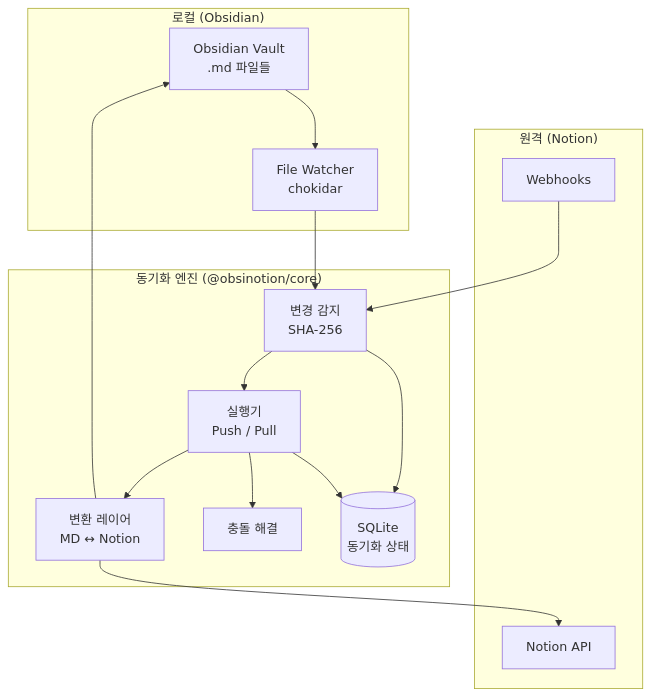
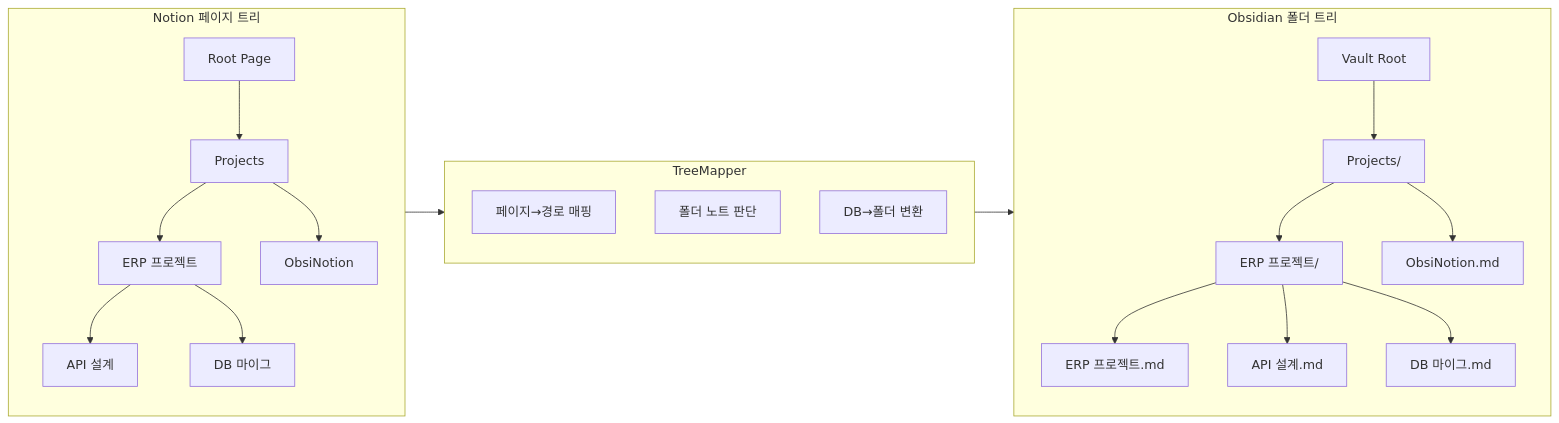
Before and after one commit to JaylenAI/Im-Nobsidian: the sixth of 7 diagrams in docs/02-architecture/SYSTEM_ARCHITECTURE.md, drawn with Mermaid. The commit also changed other lines of this file and 13 other files, not shown here.

````diff
--- a/docs/02-architecture/SYSTEM_ARCHITECTURE.md
+++ b/docs/02-architecture/SYSTEM_ARCHITECTURE.md
@@ -9,31 +456,30 @@
 ```mermaid
-flowchart TD
-    subgraph Local["로컬 (Obsidian)"]
-        Vault[Obsidian Vault<br>.md 파일들]
-        Watcher[File Watcher<br>chokidar]
+flowchart LR
+    subgraph Notion["Notion 페이지 트리"]
+        NR[Root Page]
+        NR --> NP1[Projects]
+        NP1 --> NE[ERP 프로젝트]
+        NE --> NA[API 설계]
+        NE --> ND[DB 마이그]
+        NP1 --> NO[ObsiNotion]
     end
 
-    subgraph Engine["동기화 엔진 (@obsinotion/core)"]
-        Converter[변환 레이어<br>MD ↔ Notion]
-        Differ[변경 감지<br>SHA-256]
-        Executor[실행기<br>Push / Pull]
-        Conflict[충돌 해결]
-        State[(SQLite<br>동기화 상태)]
+    subgraph Map["TreeMapper"]
+        direction TB
+        M1["페이지→경로 매핑"]
+        M2["폴더 노트 판단"]
+        M3["DB→폴더 변환"]
     end
 
-    subgraph Remote["원격 (Notion)"]
-        NotionAPI[Notion API]
-        Webhook[Webhooks]
+    subgraph Obsidian["Obsidian 폴더 트리"]
+        OR[Vault Root]
+        OR --> OP1[Projects/]
+        OP1 --> OE[ERP 프로젝트/]
+        OE --> OEN[ERP 프로젝트.md]
+        OE --> OA[API 설계.md]
+        OE --> OD[DB 마이그.md]
+        OP1 --> OO[ObsiNotion.md]
     end
 
-    Vault --> Watcher
-    Watcher --> Differ
-    Webhook --> Differ
-    Differ --> Executor
-    Executor --> Converter
-    Converter --> NotionAPI
-    Converter --> Vault
-    Executor --> Conflict
-    Differ --> State
-    Executor --> State
+    Notion --> Map --> Obsidian
 ```
````
